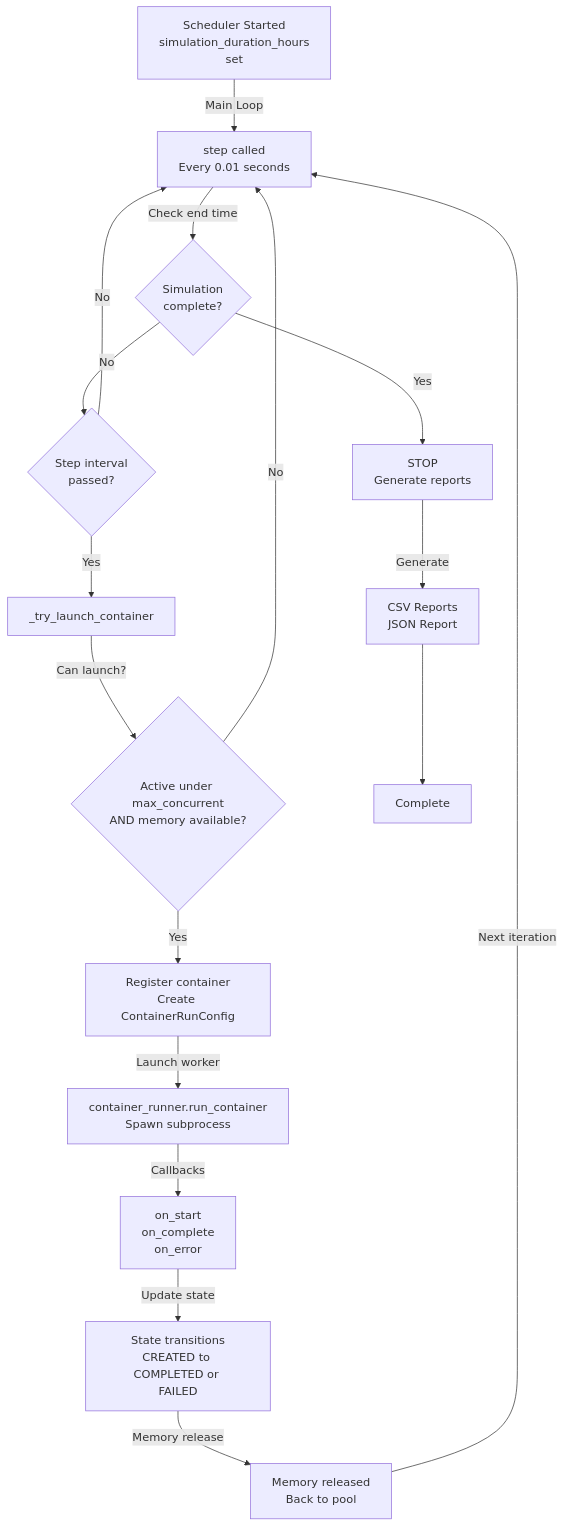
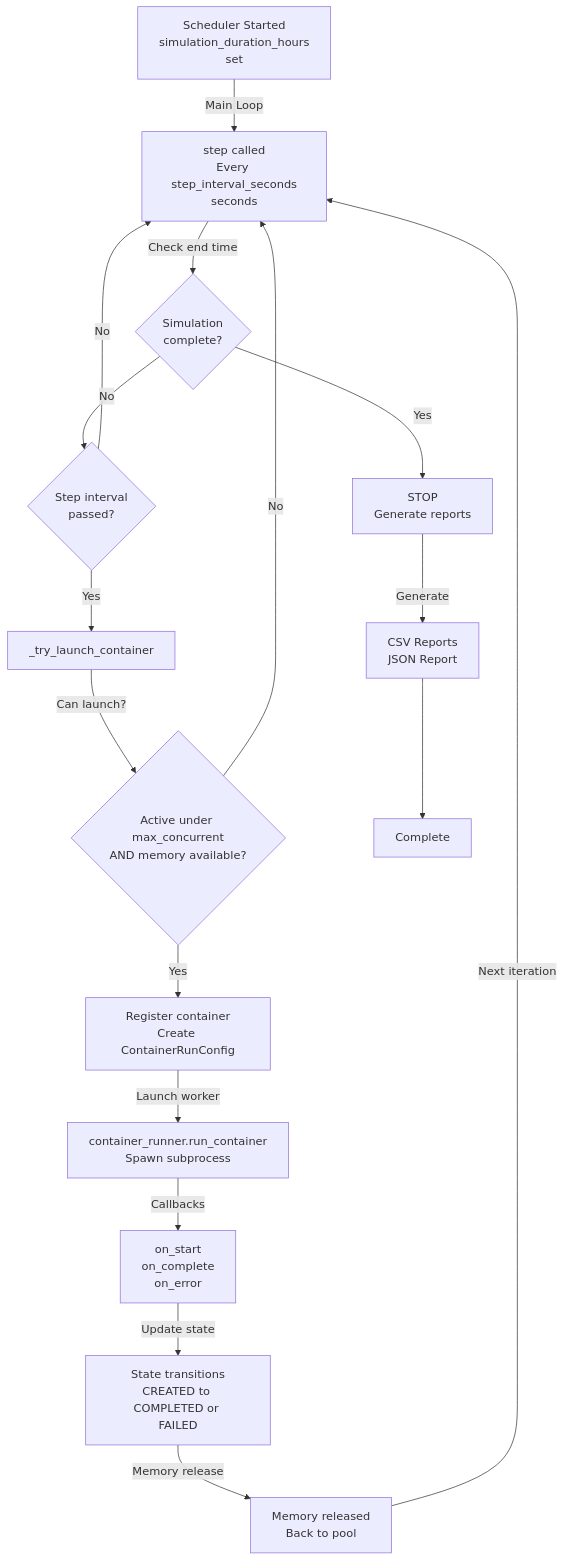
One commit to girishhiremath/GPU-memory-aware-parallel-container-execution-system changed the first of 2 diagrams in README.md. Above: the diagram before and after it, drawn with Mermaid.

````diff
--- a/README.md
+++ b/README.md
@@ -238,31 +238,31 @@
 ```mermaid
 graph TD
-   Start["Scheduler Started<br/>simulation_duration_hours<br/>set"] -->|"Main Loop"| Step["step called<br/>Every 0.01 seconds"]
+   Start["Scheduler Started<br/>simulation_duration_hours<br/>set"] -->|"Main Loop"| Step["step called<br/>Every step_interval_seconds<br/>seconds"]
 
    Step -->|"Check end time"| EndCheck{"Simulation<br/>complete?"}
 
    EndCheck -->|"No"| LaunchCheck{"Step interval<br/>passed?"}
    EndCheck -->|"Yes"| Stop["STOP<br/>Generate reports"]
 
    LaunchCheck -->|"No"| Step
    LaunchCheck -->|"Yes"| Launch["_try_launch_container"]
 
    Launch -->|"Can launch?"| CanLaunch{"Active under max_concurrent<br/>AND memory available?"}
 
    CanLaunch -->|"No"| Step
    CanLaunch -->|"Yes"| Register["Register container<br/>Create ContainerRunConfig"]
 
    Register -->|"Launch worker"| Runner["container_runner.run_container<br/>Spawn subprocess"]
 
    Runner -->|"Callbacks"| Callbacks["on_start<br/>on_complete<br/>on_error"]
 
    Callbacks -->|"Update state"| State["State transitions<br/>CREATED to COMPLETED or <br/>FAILED"]
 
    State -->|"Memory release"| MemNode["Memory released<br/>Back to pool"]
 
    MemNode -->|"Next iteration"| Step
 
    Stop -->|"Generate"| Reports["CSV Reports<br/>JSON Report"]
 
    Reports --> End["Complete"]
 ```
````
